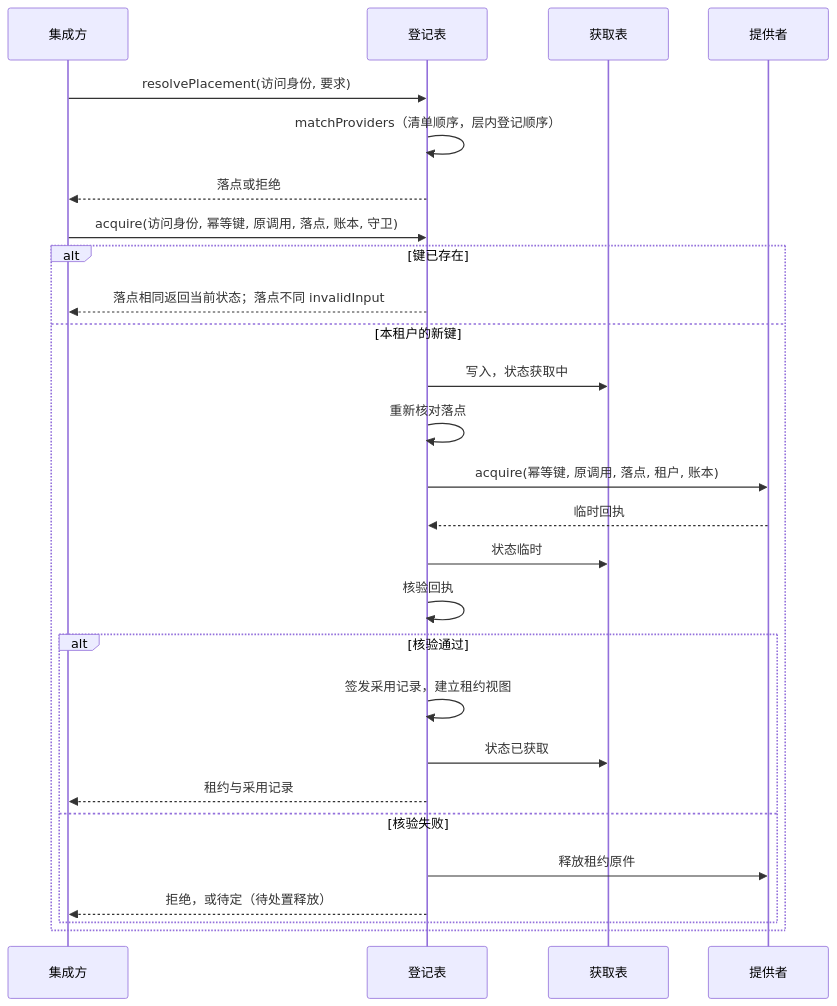
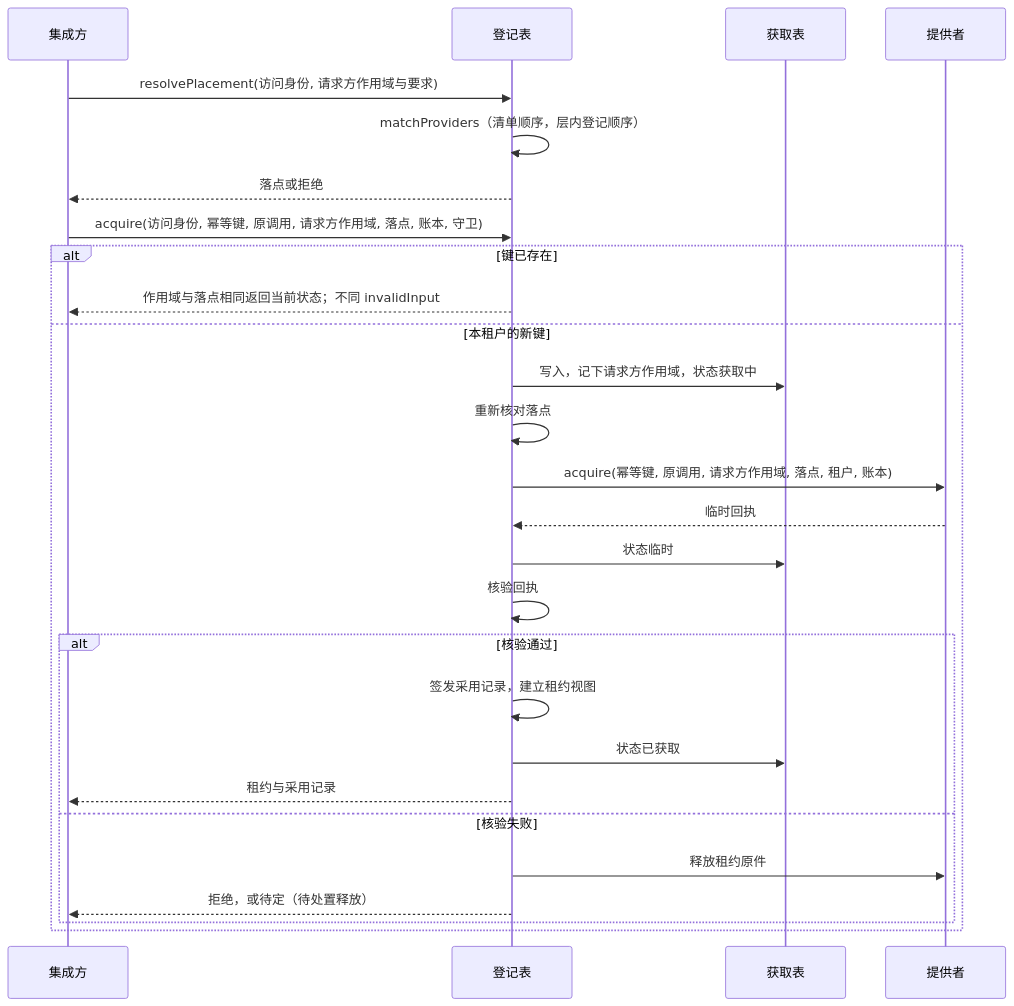
One commit to nemori-ai/omne-harness-lite changed the first of 5 diagrams in packages/execution/execution-environment/docs/flows.md. Above: the diagram before and after it, drawn with Mermaid. The commit also changed other lines of this file and 50 other files, not shown here.

````diff
--- a/packages/execution/execution-environment/docs/flows.md
+++ b/packages/execution/execution-environment/docs/flows.md
@@ -13,29 +13,29 @@
 ```mermaid
 sequenceDiagram
   participant I as 集成方
   participant R as 登记表
   participant T as 获取表
   participant P as 提供者
-  I->>R: resolvePlacement(访问身份, 要求)
+  I->>R: resolvePlacement(访问身份, 请求方作用域与要求)
   R->>R: matchProviders（清单顺序，层内登记顺序）
   R-->>I: 落点或拒绝
-  I->>R: acquire(访问身份, 幂等键, 原调用, 落点, 账本, 守卫)
+  I->>R: acquire(访问身份, 幂等键, 原调用, 请求方作用域, 落点, 账本, 守卫)
   alt 键已存在
-    R-->>I: 落点相同返回当前状态；落点不同 invalidInput
+    R-->>I: 作用域与落点相同返回当前状态；不同 invalidInput
   else 本租户的新键
-    R->>T: 写入，状态获取中
+    R->>T: 写入，记下请求方作用域，状态获取中
     R->>R: 重新核对落点
-    R->>P: acquire(幂等键, 原调用, 落点, 租户, 账本)
+    R->>P: acquire(幂等键, 原调用, 请求方作用域, 落点, 租户, 账本)
     P-->>R: 临时回执
     R->>T: 状态临时
     R->>R: 核验回执
     alt 核验通过
       R->>R: 签发采用记录，建立租约视图
       R->>T: 状态已获取
       R-->>I: 租约与采用记录
     else 核验失败
       R->>P: 释放租约原件
       R-->>I: 拒绝，或待定（待处置释放）
     end
   end
 ```
````
